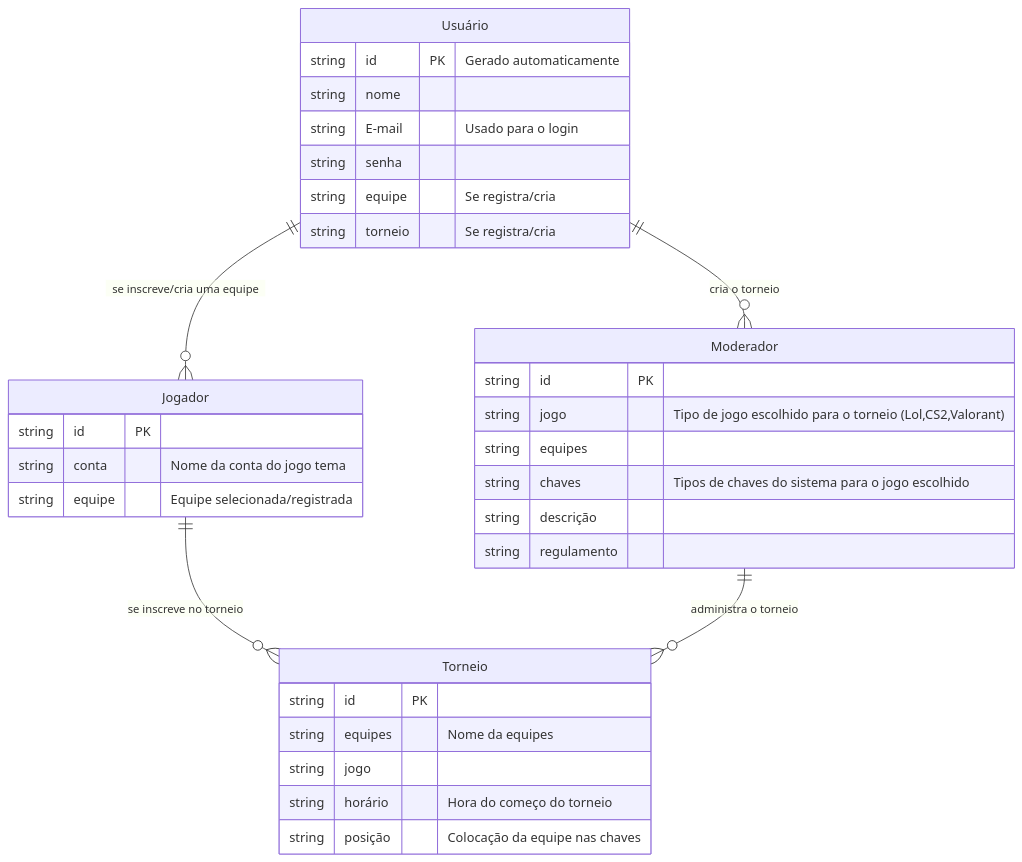
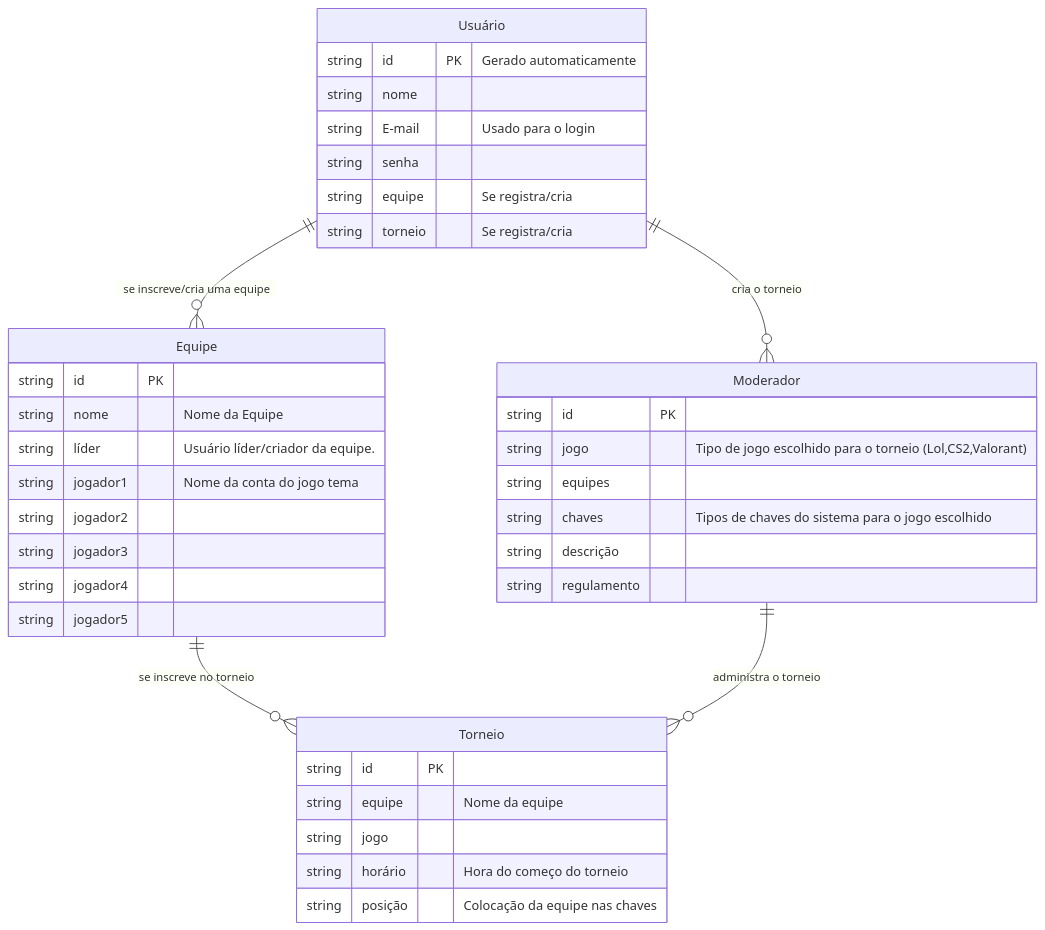
The diagram in docs/spec.md (luisedugomes/newb), drawn with Mermaid before and after one commit.

Commit message:
Revise entity-relationship diagram in spec.md
Updated the entity-relationship diagram to reflect changes in the data model, including modifications to the 'Jogador' and 'Equipe' entities.

````diff
--- a/docs/spec.md
+++ b/docs/spec.md
@@ -9,35 +9,40 @@
 ```mermaid
 erDiagram
-Usuário ||--o{ Jogador : "se inscreve/cria uma equipe"
+Usuário ||--o{ Equipe : "se inscreve/cria uma equipe"
 Usuário ||--o{ Moderador : "cria o torneio"
-Jogador ||--o{ Torneio : "se inscreve no torneio"
+Equipe ||--o{ Torneio : "se inscreve no torneio"
 Moderador ||--o{ Torneio : "administra o torneio"
 Usuário {
 string id PK "Gerado automaticamente"
 string nome
 string E-mail "Usado para o login"
 string senha
 string equipe "Se registra/cria"
 string torneio "Se registra/cria"
 }
-Jogador{
+Equipe{
 string id PK
-string conta "Nome da conta do jogo tema"
-string equipe "Equipe selecionada/registrada" 
+string nome "Nome da Equipe"
+string líder "Usuário líder/criador da equipe."
+string jogador1 "Nome da conta do jogo tema" 
+string jogador2
+string jogador3
+string jogador4
+string jogador5
 }
 Moderador {
 string id PK
 string jogo "Tipo de jogo escolhido para o torneio (Lol,CS2,Valorant)"
 string equipes
 string chaves "Tipos de chaves do sistema para o jogo escolhido"
 string descrição
 string regulamento
 }
 Torneio {
 string id PK
-string equipes "Nome da equipes"
+string equipe "Nome da equipe"
 string jogo
 string horário "Hora do começo do torneio"
 string posição "Colocação da equipe nas chaves"
 }
 ```
````
